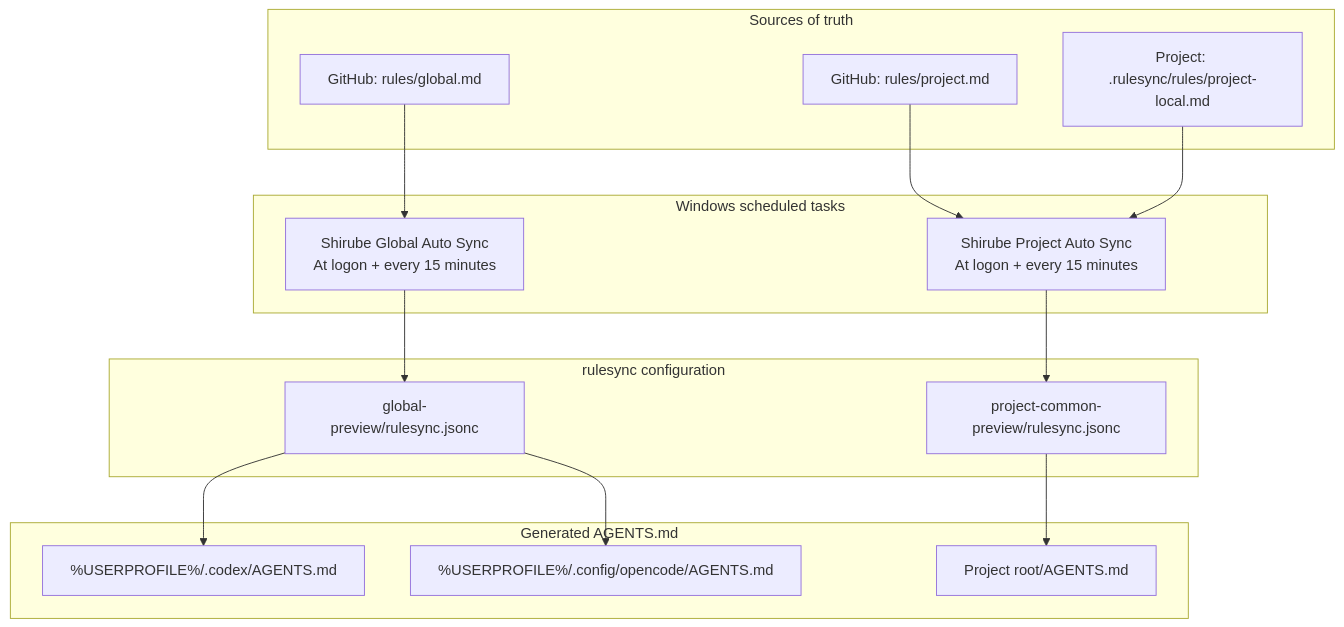
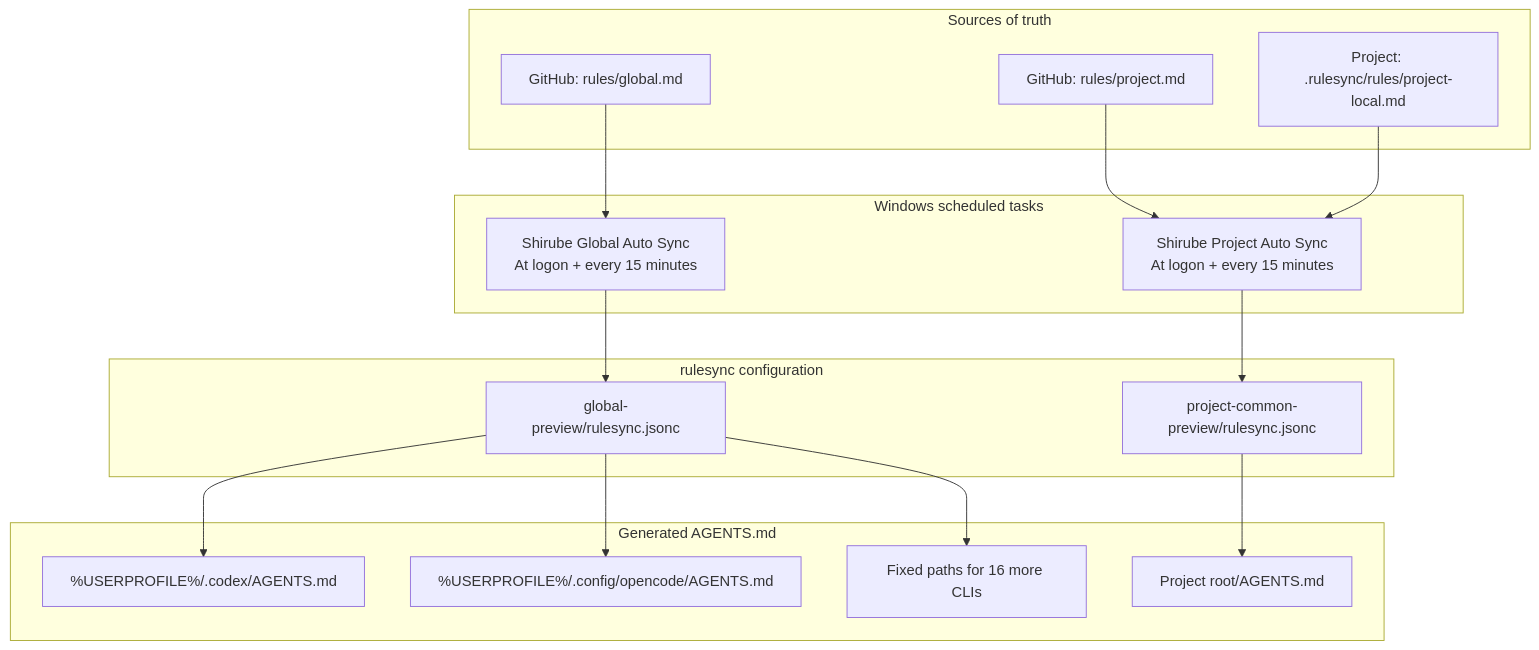
Before and after one commit to Fizor-drm/Shirube: the diagram in README.en.md, drawn with Mermaid. The commit also changed other lines of this file and 2 other files, not shown here.

````diff
--- a/README.en.md
+++ b/README.en.md
@@ -27,31 +27,33 @@
 ```mermaid
 flowchart TB
   subgraph S [Sources of truth]
     G["GitHub: rules/global.md"]
     P["GitHub: rules/project.md"]
     L["Project: .rulesync/rules/project-local.md"]
   end
 
   subgraph T [Windows scheduled tasks]
     TG["Shirube Global Auto Sync<br/>At logon + every 15 minutes"]
     TP["Shirube Project Auto Sync<br/>At logon + every 15 minutes"]
   end
 
   subgraph C [rulesync configuration]
     CG["global-preview/rulesync.jsonc"]
     CP["project-common-preview/rulesync.jsonc"]
   end
 
   subgraph O [Generated AGENTS.md]
     OG["%USERPROFILE%/.codex/AGENTS.md"]
     OO["%USERPROFILE%/.config/opencode/AGENTS.md"]
+    OX["Fixed paths for 16 more CLIs"]
     OP["Project root/AGENTS.md"]
   end
 
   G --> TG --> CG
   CG --> OG
   CG --> OO
+  CG --> OX
   P --> TP
   L --> TP
   TP --> CP --> OP
 ```
````
